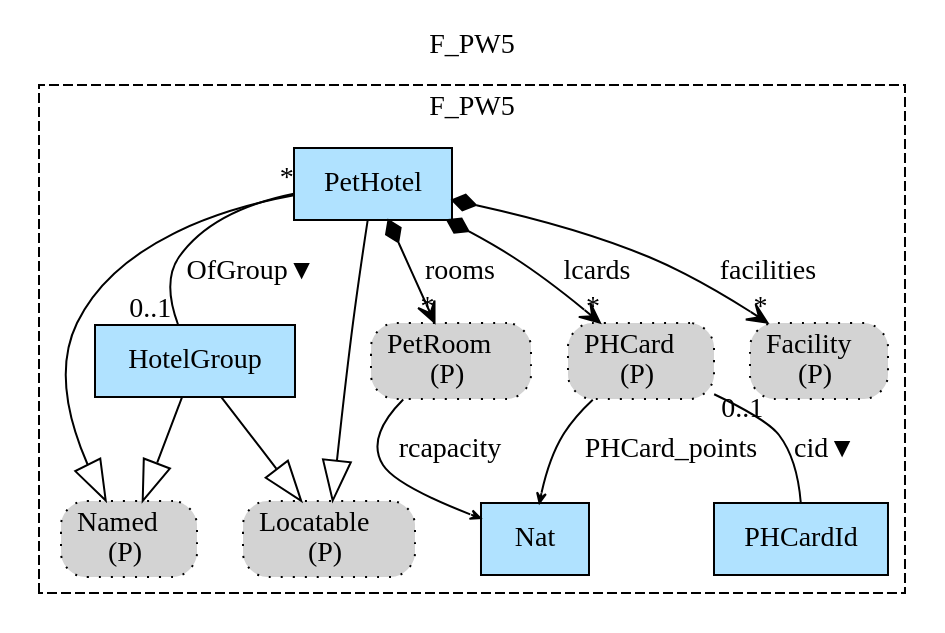
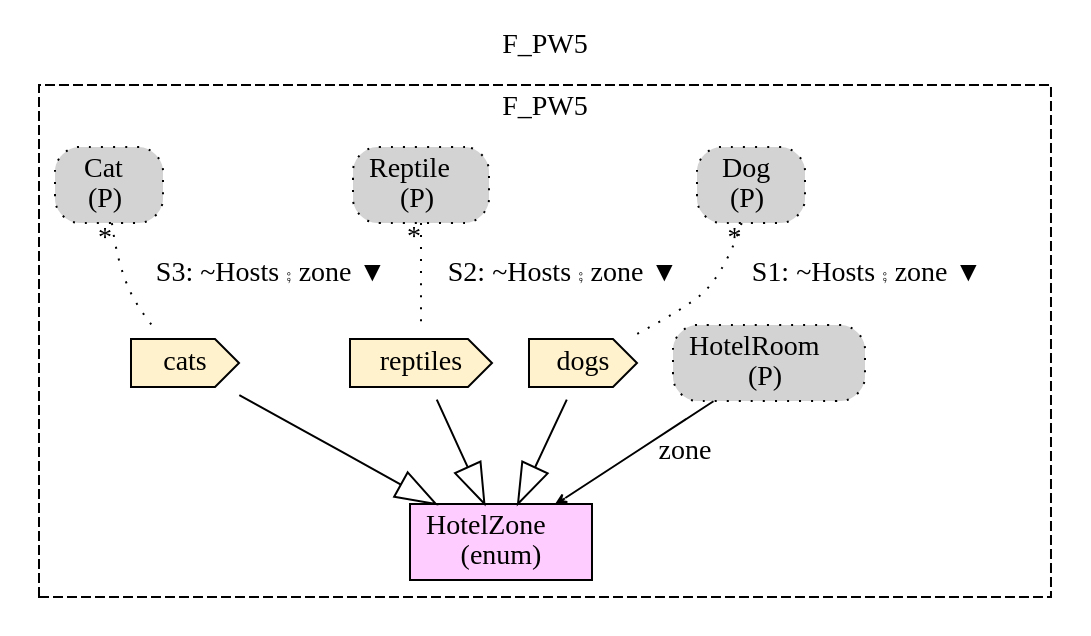
One commit to namalio/Fragmenta changed the diagram in Haskell/FragmentaTests/PetsWorld/img/F_PW5.gv. Above: the diagram before and after it, drawn with Graphviz. The commit also changed 161 other files, not shown here.

```diff
--- a/Haskell/FragmentaTests/PetsWorld/img/F_PW5.gv
+++ b/Haskell/FragmentaTests/PetsWorld/img/F_PW5.gv
@@ -1,31 +1,25 @@
 digraph {graph[label=F_PW5,labelloc=tl,labelfontsize=12];
 subgraph cluster_F_PW5{style=dashed;label=F_PW5;
-"PetHotel"[shape=record,fillcolor=lightskyblue1,style = filled,label="PetHotel"];
-"HotelGroup"[shape=record,fillcolor=lightskyblue1,style = filled,label="HotelGroup"];
-"PNamed"[shape=box,fillcolor=lightgray,style ="rounded,filled,dotted",label=<Named<br/>(P)>];
-"PLocatable"[shape=box,fillcolor=lightgray,style ="rounded,filled,dotted",label=<Locatable<br/>(P)>];
-"PPetRoom"[shape=box,fillcolor=lightgray,style ="rounded,filled,dotted",label=<PetRoom<br/>(P)>];
-"PPHCard"[shape=box,fillcolor=lightgray,style ="rounded,filled,dotted",label=<PHCard<br/>(P)>];
-"PFacility"[shape=box,fillcolor=lightgray,style ="rounded,filled,dotted",label=<Facility<br/>(P)>];
-"PHCardId"[shape=record,fillcolor=lightskyblue1,style = filled,label="PHCardId"];
-"Nat"[shape=record,fillcolor=lightskyblue1,style = filled,label="Nat"];
+"PHotelRoom"[shape=box,fillcolor=lightgray,style ="rounded,filled,dotted",label=<HotelRoom<br/>(P)>];
+"PDog"[shape=box,fillcolor=lightgray,style ="rounded,filled,dotted",label=<Dog<br/>(P)>];
+"PReptile"[shape=box,fillcolor=lightgray,style ="rounded,filled,dotted",label=<Reptile<br/>(P)>];
+"PCat"[shape=box,fillcolor=lightgray,style ="rounded,filled,dotted",label=<Cat<br/>(P)>];
+"HotelZone"[shape=record,fillcolor="#FFCCFF",style = filled,label="HotelZone\l(enum)"];
+"Vdogs"[shape=cds,fillcolor="#FFF2CC",style = filled,label="dogs"];
+"Vreptiles"[shape=cds,fillcolor="#FFF2CC",style = filled,label="reptiles"];
+"Vcats"[shape=cds,fillcolor="#FFF2CC",style = filled,label="cats"];
 
-"PetHotel"->"HotelGroup"[label="OfGroup▼",dir=none,taillabel="*",headlabel="0..1"];
-"PetHotel"->"PPHCard"[label="lcards",arrowhead=vee,arrowtail=diamond,dir=both,headlabel="*"];
-"PetHotel"->"PFacility"[label="facilities",arrowhead=vee,arrowtail=diamond,dir=both,headlabel="*"];
-"PetHotel"->"PPetRoom"[label="rooms",arrowhead=vee,arrowtail=diamond,dir=both,headlabel="*"];
-"PPetRoom"->"Nat"[label="rcapacity",arrowhead=vee,headlabel="",arrowsize=.5];
-"PPHCard"->"Nat"[label="PHCard_points",arrowhead=vee,headlabel="",arrowsize=.5];
-"PPHCard"->"PHCardId"[label="cid▼",dir=none,taillabel="0..1",headlabel=""];
-"PetHotel"->"PNamed"[arrowhead=onormal,arrowsize=2.0];
-"PetHotel"->"PLocatable"[arrowhead=onormal,arrowsize=2.0];
-"HotelGroup"->"PNamed"[arrowhead=onormal,arrowsize=2.0];
-"HotelGroup"->"PLocatable"[arrowhead=onormal,arrowsize=2.0];
+"Vdogs"->"HotelZone"[arrowhead=onormal,arrowsize=2.0];
+"Vreptiles"->"HotelZone"[arrowhead=onormal,arrowsize=2.0];
+"Vcats"->"HotelZone"[arrowhead=onormal,arrowsize=2.0];
+"PHotelRoom"->"HotelZone"[label="zone",arrowhead=vee,headlabel="",arrowsize=.5];
+"PDog"->"Vdogs"[label="S1: ~Hosts ⨾ zone ▼",dir=none,taillabel="*",headlabel="",style=dotted];
+"PReptile"->"Vreptiles"[label="S2: ~Hosts ⨾ zone ▼",dir=none,taillabel="*",headlabel="",style=dotted];
+"PCat"->"Vcats"[label="S3: ~Hosts ⨾ zone ▼",dir=none,taillabel="*",headlabel="",style=dotted];
 
 }
 
 
 
 
-
 }
```
